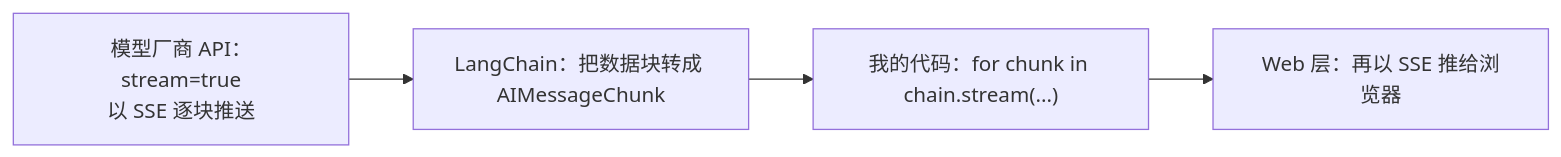
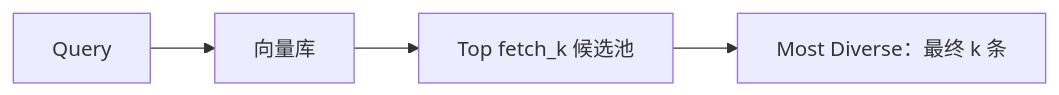
Diagram 11 of 12 in src/content/posts/ai/langchain-nengli-xiangjie.md (HandlerOne01/IMiss_Blog), drawn with Mermaid before and after one commit. The commit also changed other lines of this file and 6 other files, not shown here.

````diff
--- a/src/content/posts/ai/langchain-nengli-xiangjie.md
+++ b/src/content/posts/ai/langchain-nengli-xiangjie.md
@@ -429,6 +2568,6 @@
 ```mermaid
 flowchart LR
-    A["模型厂商 API：stream=true<br/>以 SSE 逐块推送"] --> B["LangChain：把数据块转成 AIMessageChunk"]
-    B --> C["我的代码：for chunk in chain.stream(...)"]
-    C --> D["Web 层：再以 SSE 推给浏览器"]
+    Q["Query"] --> VS["向量库"]
+    VS --> C["Top fetch_k 候选池"]
+    C --> D["Most Diverse：最终 k 条"]
 ```
````
